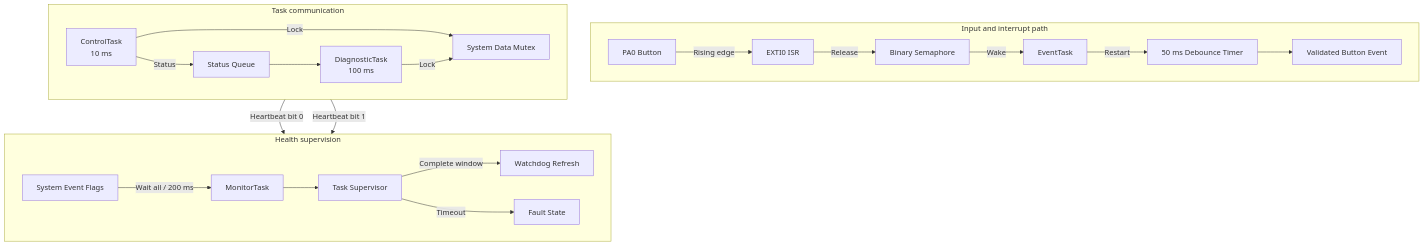
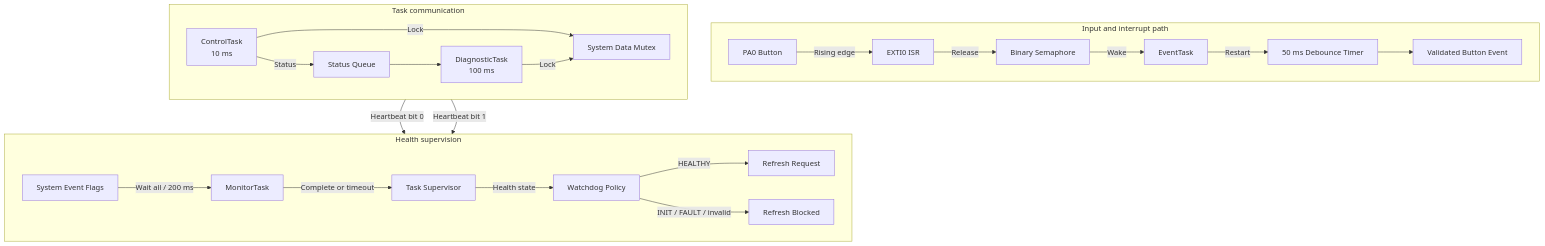
One commit to fanguoc2len/stm32-freertos-reliability changed the diagram in README.md. Above: the diagram before and after it, drawn with Mermaid. The commit also changed other lines of this file and 6 other files, not shown here.

First line of the commit message:
Add fail-safe watchdog refresh policy (#5)

````diff
--- a/README.md
+++ b/README.md
@@ -10,29 +10,30 @@
 ```mermaid
 flowchart TB
     subgraph INPUT["Input and interrupt path"]
         direction LR
         BTN["PA0 Button"] -->|Rising edge| ISR["EXTI0 ISR"]
         ISR -->|Release| SEM["Binary Semaphore"]
         SEM -->|Wake| EVT["EventTask"]
         EVT -->|Restart| DB["50 ms Debounce Timer"]
         DB --> APP["Validated Button Event"]
     end
 
     subgraph COMM["Task communication"]
         direction LR
         CTRL["ControlTask<br/>10 ms"] -->|Status| QUEUE["Status Queue"]
         QUEUE --> DIAG["DiagnosticTask<br/>100 ms"]
         CTRL -->|Lock| MUTEX["System Data Mutex"]
         DIAG -->|Lock| MUTEX
     end
 
     subgraph HEALTH["Health supervision"]
         direction LR
         CTRL -->|Heartbeat bit 0| FLAGS["System Event Flags"]
         DIAG -->|Heartbeat bit 1| FLAGS
         FLAGS -->|Wait all / 200 ms| MON["MonitorTask"]
-        MON --> SUP["Task Supervisor"]
-        SUP -->|Complete window| WDG["Watchdog Refresh"]
-        SUP -->|Timeout| FAULT["Fault State"]
+        MON -->|Complete or timeout| SUP["Task Supervisor"]
+        SUP -->|Health state| POLICY["Watchdog Policy"]
+        POLICY -->|HEALTHY| WDG["Refresh Request"]
+        POLICY -->|INIT / FAULT / invalid| BLOCK["Refresh Blocked"]
     end
 ```
````
